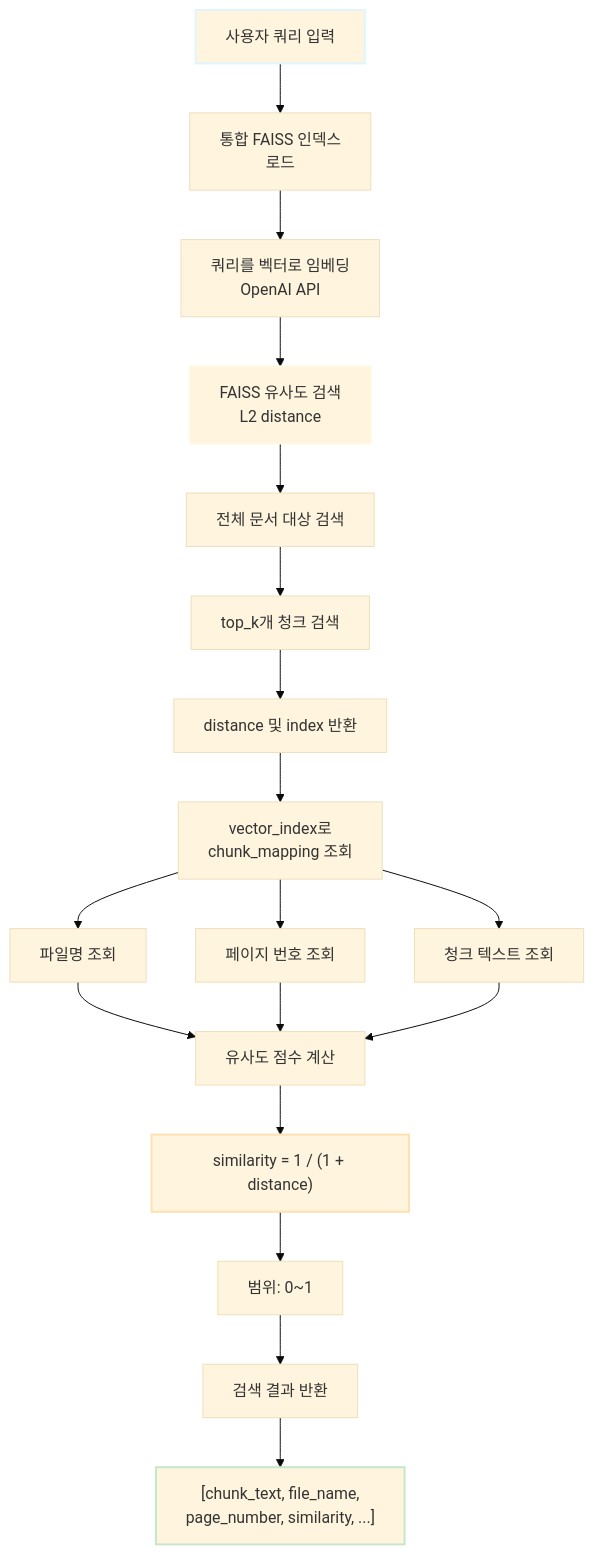
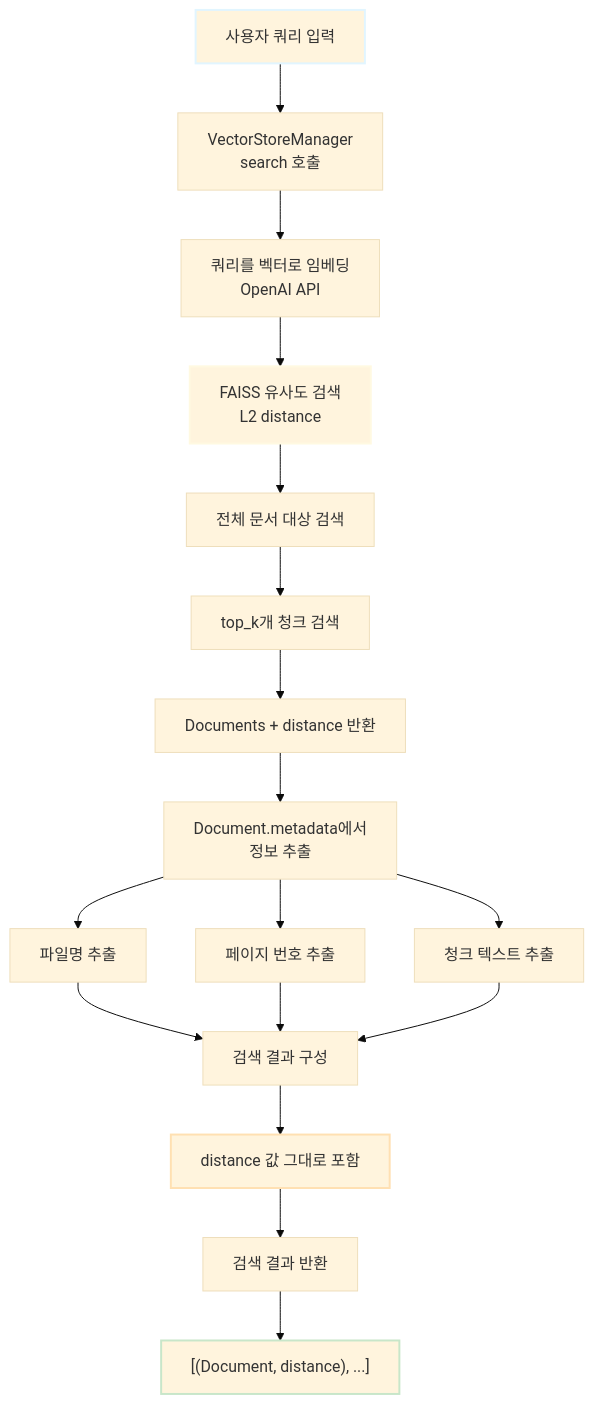
The fourth of 11 diagrams in docs/doc/시스템_아키텍처_설계서.md (c0z0c/codeit_ai_g2b_search), drawn with Mermaid (base theme) before and after one commit. The commit also changed other lines of this file, not shown here.

Commit message:
아키텍처 유사도 점수 계산 섹션 수정

````diff
--- a/docs/doc/시스템_아키텍처_설계서.md
+++ b/docs/doc/시스템_아키텍처_설계서.md
@@ -275,25 +275,24 @@
 ```mermaid
 flowchart TD
-    A[사용자 쿼리 입력] --> B[통합 FAISS 인덱스<br/>로드]
+    A[사용자 쿼리 입력] --> B[VectorStoreManager<br/>search 호출]
     B --> C[쿼리를 벡터로 임베딩<br/>OpenAI API]
     C --> D[FAISS 유사도 검색<br/>L2 distance]
     D --> D1[전체 문서 대상 검색]
     D1 --> D2[top_k개 청크 검색]
-    D2 --> D3[distance 및 index 반환]
-    D3 --> E[vector_index로<br/>chunk_mapping 조회]
-    E --> E1[파일명 조회]
-    E --> E2[페이지 번호 조회]
-    E --> E3[청크 텍스트 조회]
-    E1 --> F[유사도 점수 계산]
+    D2 --> D3[Documents + distance 반환]
+    D3 --> E[Document.metadata에서<br/>정보 추출]
+    E --> E1[파일명 추출]
+    E --> E2[페이지 번호 추출]
+    E --> E3[청크 텍스트 추출]
+    E1 --> F[검색 결과 구성]
     E2 --> F
     E3 --> F
-    F --> F1["similarity = 1 / (1 + distance)"]
-    F1 --> F2[범위: 0~1]
-    F2 --> G[검색 결과 반환]
-    G --> G1["[chunk_text, file_name,<br/>page_number, similarity, ...]"]
+    F --> F1[distance 값 그대로 포함]
+    F1 --> G[검색 결과 반환]
+    G --> G1["[(Document, distance), ...]"]
 
     style A stroke-width:2px,stroke:#e1f5ff
     style G1 stroke-width:2px,stroke:#c8e6c9
     style D stroke-width:2px,stroke:#fff9e1
     style F1 stroke-width:2px,stroke:#ffe0b2
 ```
````
